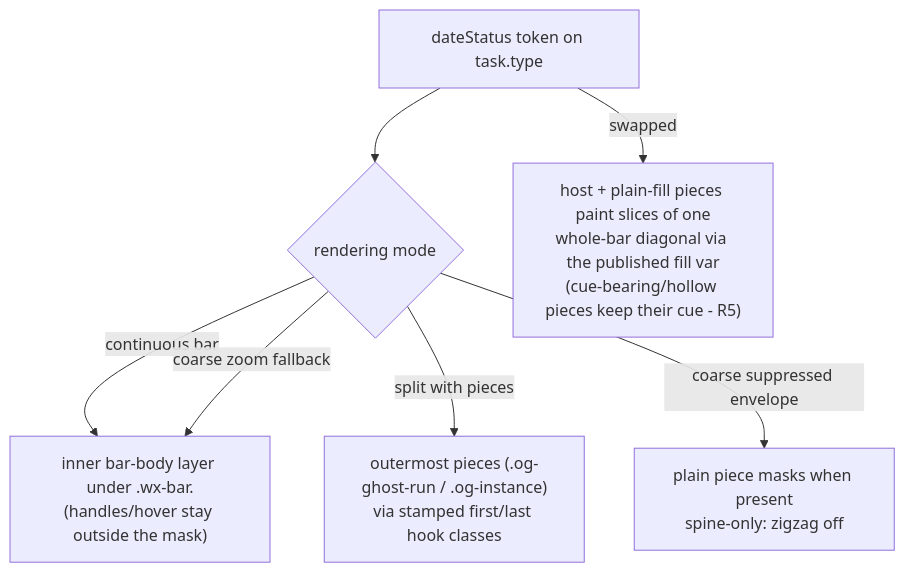
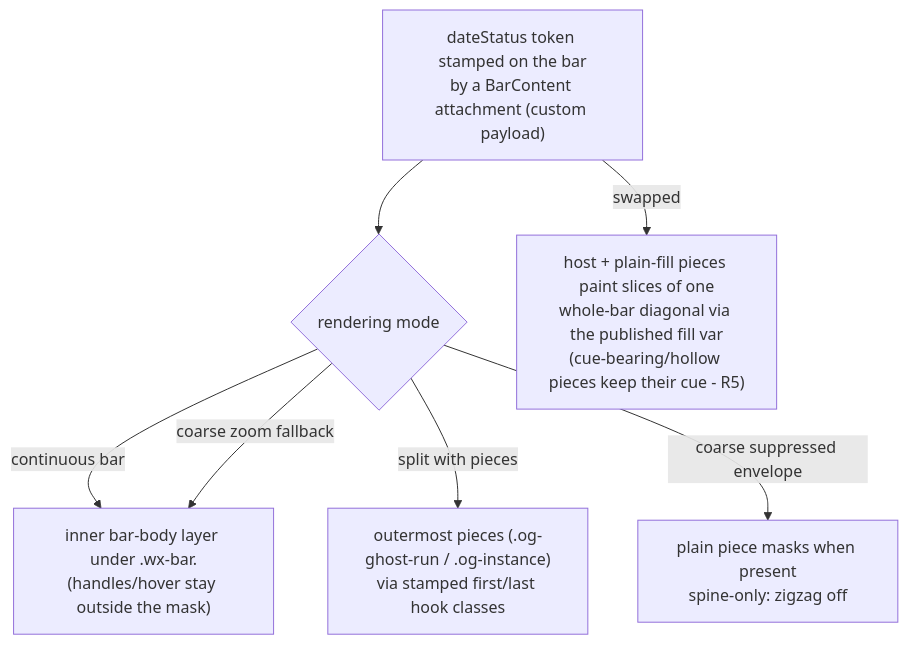
The second of 2 diagrams in docs/plans/2026-08-09-001-feat-missing-date-zigzag-semantics-plan.md (renatomen/tasknotes-gantt), drawn with Mermaid before and after one commit. The commit also changed other lines of this file, not shown here.

Commit message:
docs(plans): cite the right attachment precedents and require the fingerprint fold
markBarOverridden appends a DOM dot and has no re-assertion; the
class-stamping precedent is markBarSplit's MutationObserver and the
custom-payload precedent is colorCalendarItemBar. The rendering
diagram no longer sources the token from task.type, and U1 must fold
the token into the sync fingerprint so a live toggle cannot leave a
stale stamped class once the old flag retires.

````diff
--- a/docs/plans/2026-08-09-001-feat-missing-date-zigzag-semantics-plan.md
+++ b/docs/plans/2026-08-09-001-feat-missing-date-zigzag-semantics-plan.md
@@ -160,9 +160,9 @@
 ```mermaid
 flowchart TB
-  T["dateStatus token on task.type"] --> C{"rendering mode"}
+  T["dateStatus token stamped on the bar\nby a BarContent attachment (custom payload)"] --> C{"rendering mode"}
   C -->|continuous bar| B["inner bar-body layer under .wx-bar.<zz-token>\n(handles/hover stay outside the mask)"]
   C -->|split with pieces| P["outermost pieces (.og-ghost-run / .og-instance)\nvia stamped first/last hook classes"]
   C -->|coarse zoom fallback| B
   C -->|coarse suppressed envelope| E["plain piece masks when present\nspine-only: zigzag off"]
   T -->|swapped| S["host + plain-fill pieces paint slices of one\nwhole-bar diagonal via the published fill var\n(cue-bearing/hollow pieces keep their cue - R5)"]
 ```
````
